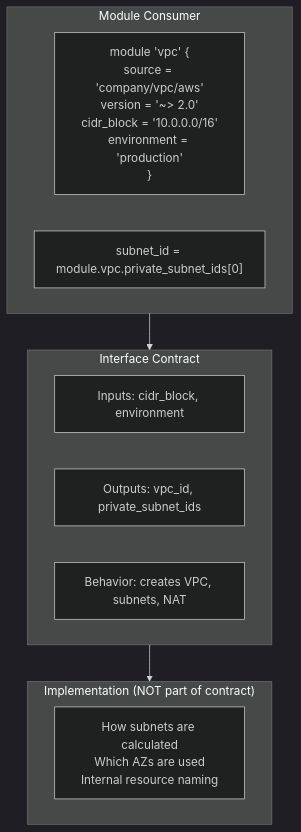
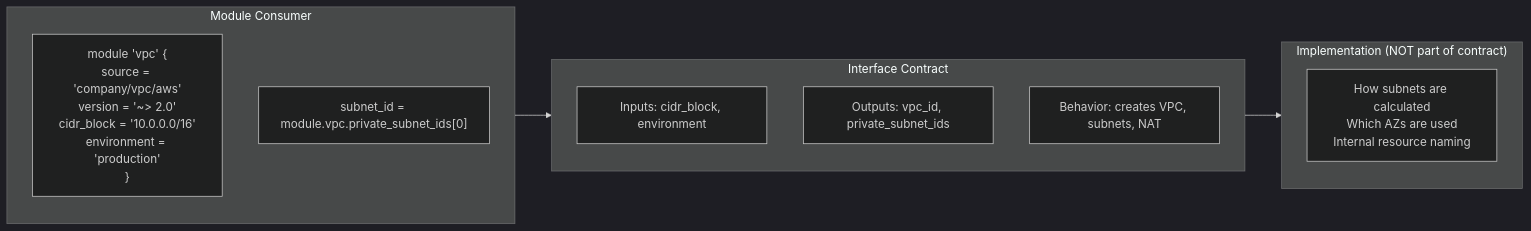
Before and after one commit to webstackdev/astro.webstackbuilders.com: the diagram in src/content/articles/terraform-module-design-defaults-versioning-interfaces/pdf.mdx, drawn with Mermaid (dark theme). The commit also changed 265 other files, not shown here.

Commit message:
Add screenshots of all Mermaid diagrams to articles

````diff
--- a/src/content/articles/terraform-module-design-defaults-versioning-interfaces/pdf.mdx
+++ b/src/content/articles/terraform-module-design-defaults-versioning-interfaces/pdf.mdx
@@ -65,20 +65,20 @@
   ```mermaid
-  flowchart TB
+  flowchart LR
     subgraph consumer["Module Consumer"]
       call["module 'vpc' {<br/>source = 'company/vpc/aws'<br/>version = '~> 2.0'<br/>cidr_block = '10.0.0.0/16'<br/>environment = 'production'<br/>}"]
       usage["subnet_id = module.vpc.private_subnet_ids[0]"]
     end
 
     subgraph contract["Interface Contract"]
       inputs["Inputs: cidr_block, environment"]
       outputs["Outputs: vpc_id, private_subnet_ids"]
       behavior["Behavior: creates VPC, subnets, NAT"]
     end
 
     subgraph impl["Implementation (NOT part of contract)"]
       details["How subnets are calculated<br/>Which AZs are used<br/>Internal resource naming"]
     end
 
     consumer --> contract
     contract --> impl
   ```
````
